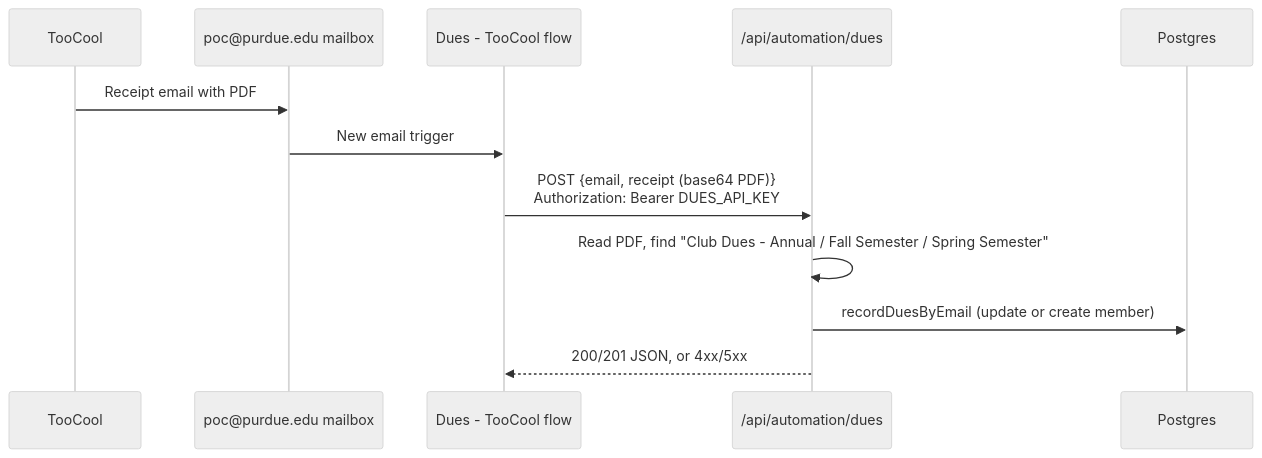
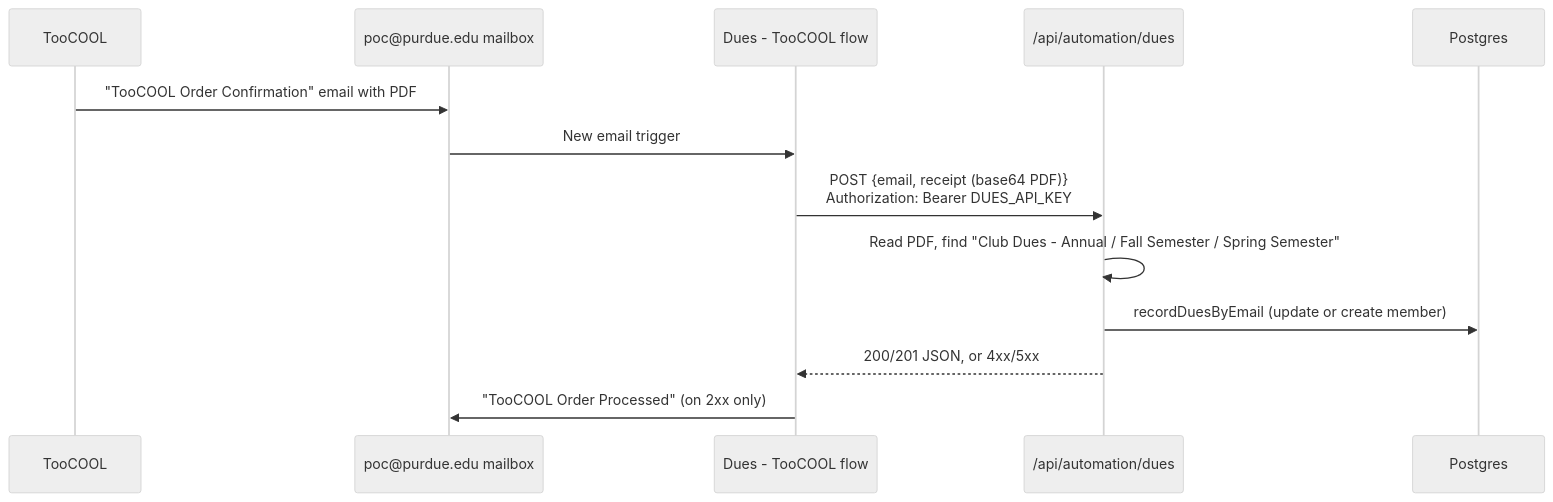
One commit to ColinHermack/Purdue-Outing-Club-Website changed the diagram in docs/systems/power-automate.md. Above: the diagram before and after it, drawn with Mermaid (neutral theme). The commit also changed other lines of this file and 4 other files, not shown here.

First line of the commit message:
docs: document every Power Automate flow from the exported definitions

````diff
--- a/docs/systems/power-automate.md
+++ b/docs/systems/power-automate.md
@@ -32,14 +101,15 @@
 ```mermaid
 sequenceDiagram
-    participant T as TooCool
+    participant T as TooCOOL
     participant O as poc@purdue.edu mailbox
-    participant F as Dues - TooCool flow
+    participant F as Dues - TooCOOL flow
     participant W as /api/automation/dues
     participant D as Postgres
-    T->>O: Receipt email with PDF
+    T->>O: "TooCOOL Order Confirmation" email with PDF
     O->>F: New email trigger
     F->>W: POST {email, receipt (base64 PDF)}<br/>Authorization: Bearer DUES_API_KEY
     W->>W: Read PDF, find "Club Dues - Annual / Fall Semester / Spring Semester"
     W->>D: recordDuesByEmail (update or create member)
     W-->>F: 200/201 JSON, or 4xx/5xx
+    F->>O: "TooCOOL Order Processed" (on 2xx only)
 ```
````
